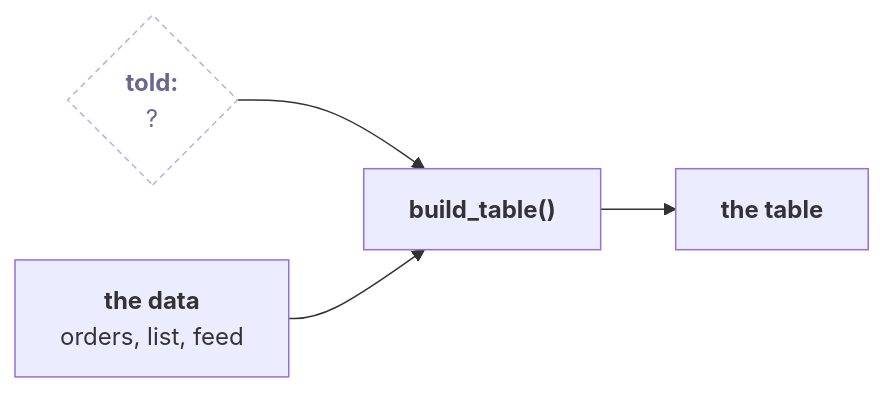
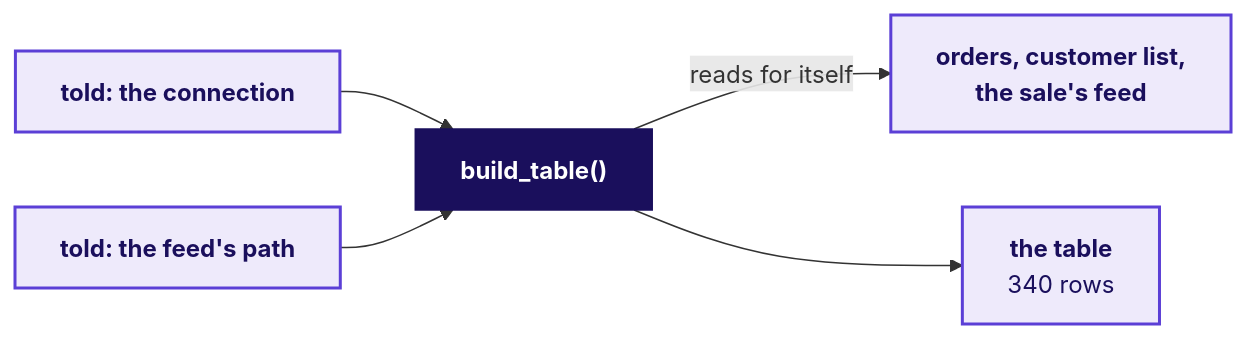
The first of 7 diagrams in content/W02/D4/slides/C2_W02_D04_half2_STUDENT.md (fde-academy-lab/c2-content-factory), drawn with Mermaid before and after one commit. The commit also changed other lines of this file and 4 other files, not shown here.

First line of the commit message:
W02 D4 decks after the depth loop: every predict on its slide, chapters within 10 to 14 slides, chapter 4's thinking picture, speed as measured, the data's age beside the win-back list, map slides named for their stakeholder; day sheet renumbered to match

````diff
--- a/content/W02/D4/slides/C2_W02_D04_half2_STUDENT.md
+++ b/content/W02/D4/slides/C2_W02_D04_half2_STUDENT.md
@@ -111,8 +112,11 @@
 ```mermaid
 flowchart LR
-    I{"<b>told:</b><br/>?"} --> F["<b>build_table()</b>"]
-    D["<b>the data</b><br/>orders, list, feed"] --> F
-    F --> T["<b>the table</b>"]
-    classDef unknown fill:#FFFFFF,stroke:#B8B2D6,color:#6B6690,stroke-dasharray:4 3
-    class I unknown
+    C["<b>told: the connection</b>"] --> F["<b>build_table()</b>"]
+    P["<b>told: the feed's path</b>"] --> F
+    F -->|reads for itself| D["<b>orders, customer list,<br/>the sale's feed</b>"]
+    F --> T["<b>the table</b><br/>340 rows"]
+    classDef bet fill:#1A0F5C,stroke:#1A0F5C,color:#FFFFFF
+    classDef known fill:#EEEAFB,stroke:#5B3FD6,color:#1A0F5C,stroke-width:2px
+    class F bet
+    class C,P,D,T known
 ```
````
